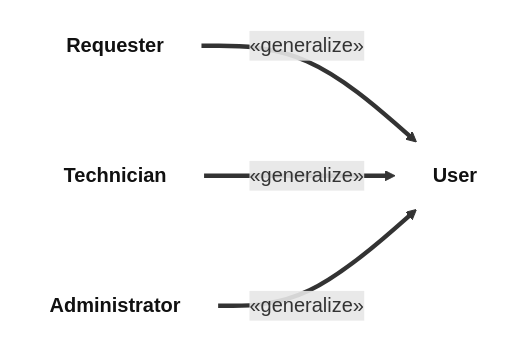
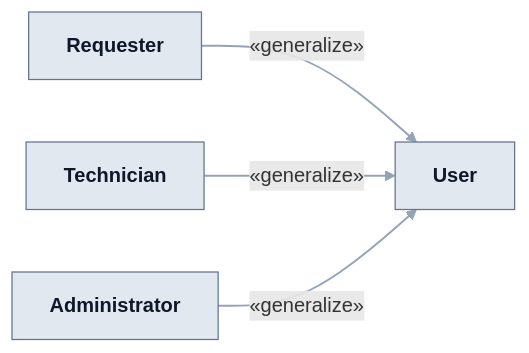
One commit to Akaza-ban/Fable changed the first of 7 diagrams in README.md. Above: the diagram before and after it, drawn with Mermaid. The commit also changed other lines of this file, not shown here.

First line of the commit message:
docs(readme): make use case diagrams readable in dark mode

````diff
--- a/README.md
+++ b/README.md
@@ -79,14 +79,15 @@
 ```mermaid
 flowchart LR
     req["<b>Requester</b>"]
     tech["<b>Technician</b>"]
     admin["<b>Administrator</b>"]
     user["<b>User</b>"]
 
     req ==>|"«generalize»"| user
     tech ==>|"«generalize»"| user
     admin ==>|"«generalize»"| user
 
-    classDef actor fill:none,stroke:none,color:#111
+    classDef actor fill:#e2e8f0,stroke:#64748b,color:#0f172a
     class req,tech,admin,user actor
+    linkStyle default stroke:#94a3b8,stroke-width:1.5px
 ```
````
